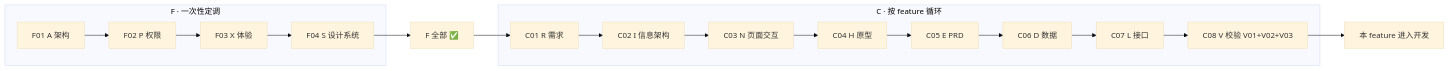
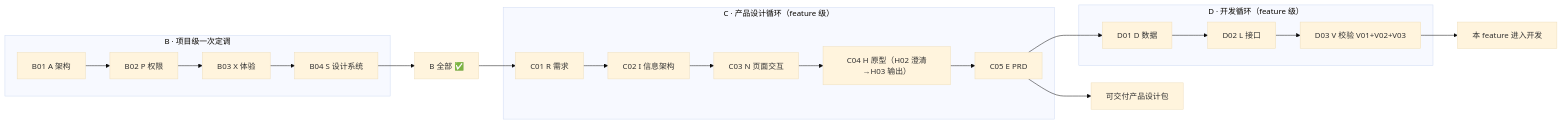
One commit to wangqinglong2024/ai_agent changed the diagram in prompt/A-framework/A00-02-端到端工作流.md. Above: the diagram before and after it, drawn with Mermaid (base theme). The commit also changed other lines of this file and 40 other files, not shown here.

````diff
--- a/prompt/A-framework/A00-02-端到端工作流.md
+++ b/prompt/A-framework/A00-02-端到端工作流.md
@@ -9,20 +9,23 @@
 ```mermaid
 flowchart LR
-  subgraph F[F · 一次性定调]
-    A[F01 A 架构] --> P[F02 P 权限]
-    P --> X[F03 X 体验]
-    X --> S[F04 S 设计系统]
+  subgraph FF[B · 项目级一次定调]
+    A[B01 A 架构] --> P[B02 P 权限]
+    P --> X[B03 X 体验]
+    X --> S[B04 S 设计系统]
   end
-  S --> RC[F 全部 ✅]
+  S --> RC[B 全部 ✅]
   RC --> R[C01 R 需求]
-  subgraph CYC[C · 按 feature 循环]
+  subgraph CYC[C · 产品设计循环（feature 级）]
     R --> I[C02 I 信息架构]
     I --> N[C03 N 页面交互]
-    N --> H[C04 H 原型]
+    N --> H[C04 H 原型（H02 澄清→H03 输出）]
     H --> E[C05 E PRD]
-    E --> D[C06 D 数据]
-    D --> L[C07 L 接口]
-    L --> V[C08 V 校验 V01+V02+V03]
+  end
+  E --> SHIP[可交付产品设计包]
+  E --> D[D01 D 数据]
+  subgraph DEV[D · 开发循环（feature 级）]
+    D --> L[D02 L 接口]
+    L --> V[D03 V 校验 V01+V02+V03]
   end
   V --> CODE[本 feature 进入开发]
 ```
````
